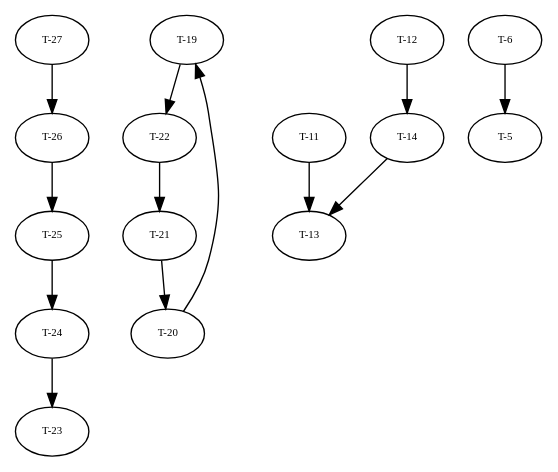
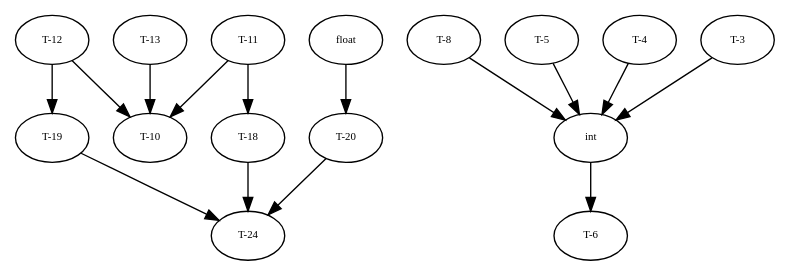
Before and after one commit to amso100/livescript-declarations: the diagram in graphs/dg.dot, drawn with Graphviz. The commit also changed 12 other files, not shown here.

```diff
--- a/graphs/dg.dot
+++ b/graphs/dg.dot
@@ -1,124 +1,132 @@
 digraph RGL__DirectedAdjacencyGraph {
-    "T-27" [
+    "T-20" [
         fontsize = 8,
-        label = "T-27"
-    ]
-
-    "T-26" [
-        fontsize = 8,
-        label = "T-26"
-    ]
-
-    "T-25" [
-        fontsize = 8,
-        label = "T-25"
+        label = "T-20"
     ]
 
     "T-24" [
         fontsize = 8,
         label = "T-24"
     ]
 
-    "T-23" [
-        fontsize = 8,
-        label = "T-23"
-    ]
-
     "T-19" [
         fontsize = 8,
         label = "T-19"
     ]
 
-    "T-22" [
+    "T-18" [
         fontsize = 8,
-        label = "T-22"
+        label = "T-18"
     ]
 
-    "T-21" [
+    float [
         fontsize = 8,
-        label = "T-21"
-    ]
-
-    "T-20" [
-        fontsize = 8,
-        label = "T-20"
-    ]
-
-    "T-14" [
-        fontsize = 8,
-        label = "T-14"
-    ]
-
-    "T-13" [
-        fontsize = 8,
-        label = "T-13"
+        label = float
     ]
 
     "T-12" [
         fontsize = 8,
         label = "T-12"
     ]
 
     "T-11" [
         fontsize = 8,
         label = "T-11"
     ]
 
+    "T-13" [
+        fontsize = 8,
+        label = "T-13"
+    ]
+
+    "T-10" [
+        fontsize = 8,
+        label = "T-10"
+    ]
+
+    int [
+        fontsize = 8,
+        label = int
+    ]
+
     "T-6" [
         fontsize = 8,
         label = "T-6"
+    ]
+
+    "T-8" [
+        fontsize = 8,
+        label = "T-8"
     ]
 
     "T-5" [
         fontsize = 8,
         label = "T-5"
     ]
 
-    "T-27" -> "T-26" [
+    "T-4" [
+        fontsize = 8,
+        label = "T-4"
+    ]
+
+    "T-3" [
+        fontsize = 8,
+        label = "T-3"
+    ]
+
+    "T-20" -> "T-24" [
         fontsize = 8
     ]
 
-    "T-26" -> "T-25" [
+    "T-19" -> "T-24" [
         fontsize = 8
     ]
 
-    "T-25" -> "T-24" [
+    "T-18" -> "T-24" [
         fontsize = 8
     ]
 
-    "T-24" -> "T-23" [
+    float -> "T-20" [
         fontsize = 8
     ]
 
-    "T-19" -> "T-22" [
+    "T-12" -> "T-19" [
         fontsize = 8
     ]
 
-    "T-22" -> "T-21" [
+    "T-12" -> "T-10" [
         fontsize = 8
     ]
 
-    "T-21" -> "T-20" [
+    "T-11" -> "T-18" [
         fontsize = 8
     ]
 
-    "T-20" -> "T-19" [
+    "T-11" -> "T-10" [
         fontsize = 8
     ]
 
-    "T-14" -> "T-13" [
+    "T-13" -> "T-10" [
         fontsize = 8
     ]
 
-    "T-12" -> "T-14" [
+    int -> "T-6" [
         fontsize = 8
     ]
 
-    "T-11" -> "T-13" [
+    "T-8" -> int [
         fontsize = 8
     ]
 
-    "T-6" -> "T-5" [
+    "T-5" -> int [
+        fontsize = 8
+    ]
+
+    "T-4" -> int [
+        fontsize = 8
+    ]
+
+    "T-3" -> int [
         fontsize = 8
     ]
 }
```
